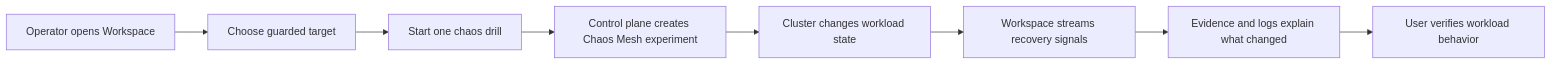
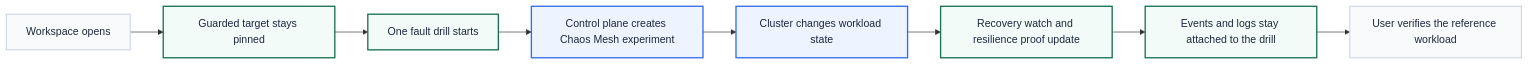
One commit to sanjayb-28/Team-Dev2Prod-PE-Hack changed the diagram in docs/reliability.md. Above: the diagram before and after it, drawn with Mermaid. The commit also changed other lines of this file and 23 other files, not shown here.

````diff
--- a/docs/reliability.md
+++ b/docs/reliability.md
@@ -22,10 +27,18 @@
 ```mermaid
 flowchart LR
-    A["Operator opens Workspace"] --> B["Choose guarded target"]
-    B --> C["Start one chaos drill"]
-    C --> D["Control plane creates Chaos Mesh experiment"]
-    D --> E["Cluster changes workload state"]
-    E --> F["Workspace streams recovery signals"]
-    F --> G["Evidence and logs explain what changed"]
-    G --> H["User verifies workload behavior"]
+    Start["Workspace opens"] --> Target["Guarded target stays pinned"]
+    Target --> Drill["One fault drill starts"]
+    Drill --> Control["Control plane creates Chaos Mesh experiment"]
+    Control --> Cluster["Cluster changes workload state"]
+    Cluster --> Watch["Recovery watch and resilience proof update"]
+    Watch --> Evidence["Events and logs stay attached to the drill"]
+    Evidence --> Verify["User verifies the reference workload"]
+
+    classDef neutral fill:#F8FAFC,stroke:#CBD5E1,color:#1E293B,stroke-width:1.6px;
+    classDef focus fill:#F2FBF7,stroke:#17714F,color:#1B2840,stroke-width:2px;
+    classDef platform fill:#EEF4FF,stroke:#326DE6,color:#1B2840,stroke-width:2px;
+
+    class Start,Verify neutral
+    class Target,Drill,Watch,Evidence focus
+    class Control,Cluster platform
 ```
````
